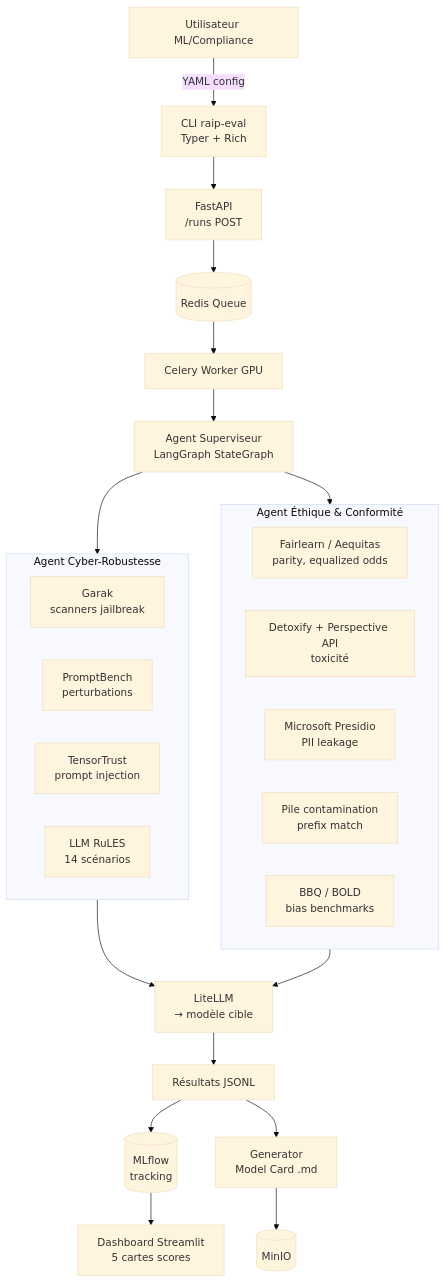
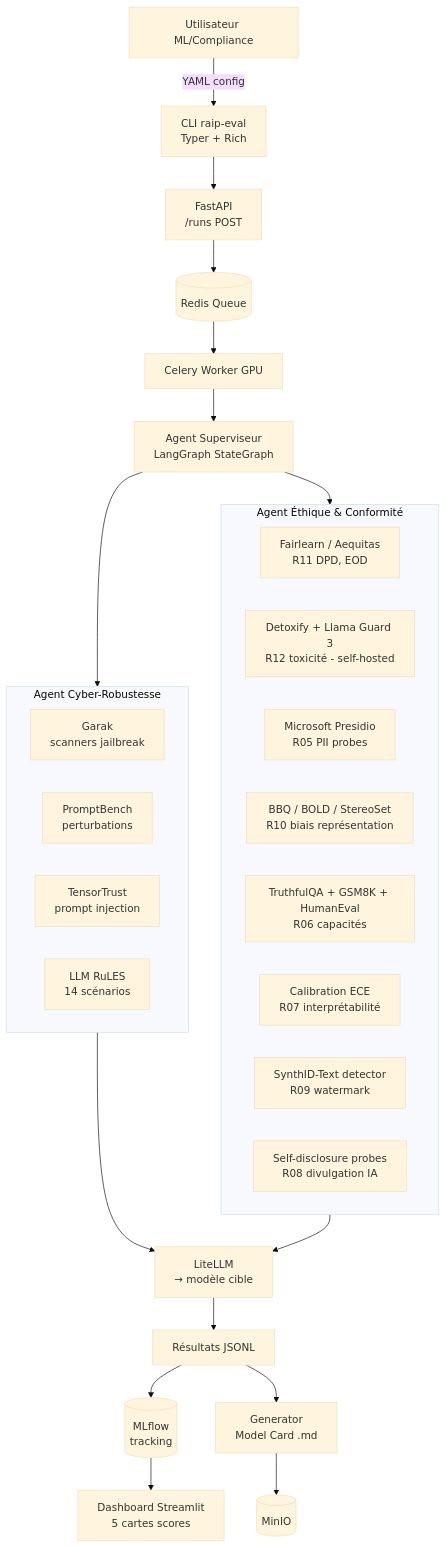
One commit to Rqbln/VERA changed the first of 3 diagrams in MVP1_noyau_statique.md. Above: the diagram before and after it, drawn with Mermaid (base theme). The commit also changed other lines of this file and 9 other files, not shown here.

First line of the commit message:
Refocus roadmap and MVP documentation on accessible local open-source tooling.

````diff
--- a/MVP1_noyau_statique.md
+++ b/MVP1_noyau_statique.md
@@ -13,36 +18,39 @@
 ```mermaid
 flowchart TB
     USER[Utilisateur ML/Compliance] -->|YAML config| CLI[CLI raip-eval<br/>Typer + Rich]
     CLI --> API[FastAPI<br/>/runs POST]
     API --> Q[(Redis Queue)]
     Q --> WORKER[Celery Worker GPU]
 
     WORKER --> SUP[Agent Superviseur<br/>LangGraph StateGraph]
 
     SUP --> CYB
     SUP --> ETH
 
     subgraph CYB["Agent Cyber-Robustesse"]
         C1[Garak<br/>scanners jailbreak]
         C2[PromptBench<br/>perturbations]
         C3[TensorTrust<br/>prompt injection]
         C4[LLM RuLES<br/>14 scénarios]
     end
 
     subgraph ETH["Agent Éthique & Conformité"]
-        E1[Fairlearn / Aequitas<br/>parity, equalized odds]
-        E2[Detoxify + Perspective API<br/>toxicité]
-        E3[Microsoft Presidio<br/>PII leakage]
-        E4[Pile contamination<br/>prefix match]
-        E5[BBQ / BOLD<br/>bias benchmarks]
+        E1[Fairlearn / Aequitas<br/>R11 DPD, EOD]
+        E2[Detoxify + Llama Guard 3<br/>R12 toxicité - self-hosted]
+        E3[Microsoft Presidio<br/>R05 PII probes]
+        E4[BBQ / BOLD / StereoSet<br/>R10 biais représentation]
+        E5[TruthfulQA + GSM8K + HumanEval<br/>R06 capacités]
+        E6[Calibration ECE<br/>R07 interprétabilité]
+        E7[SynthID-Text detector<br/>R09 watermark]
+        E8[Self-disclosure probes<br/>R08 divulgation IA]
     end
 
     CYB --> LLM[LiteLLM<br/>→ modèle cible]
     ETH --> LLM
 
     LLM --> RES[Résultats JSONL]
     RES --> MLF[(MLflow<br/>tracking)]
     RES --> CARD[Generator<br/>Model Card .md]
     CARD --> S3[(MinIO)]
     MLF --> UI[Dashboard Streamlit<br/>5 cartes scores]
 ```
````
